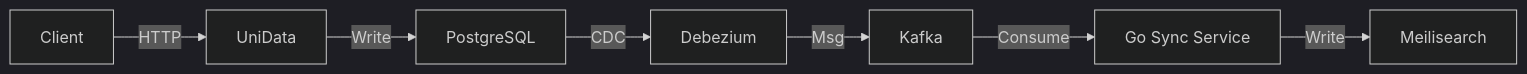
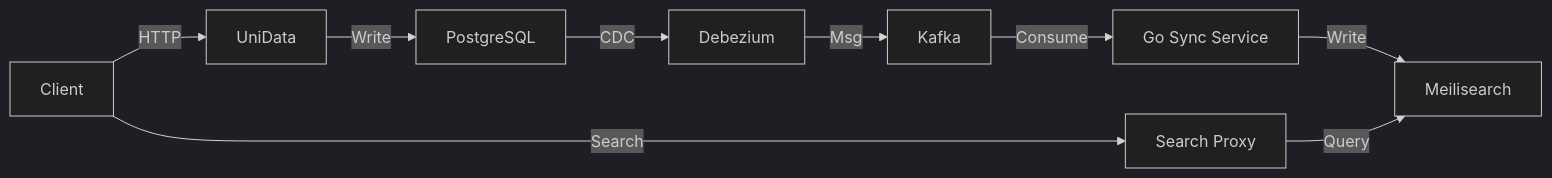
The diagram in docs/deployment/index.md (hankerbiao/pg2meili-cdc), drawn with Mermaid (dark theme) before and after one commit. The commit also changed 17 other files, not shown here.

Commit message:
修复搜索文档：补充 collection 查询参数、说明代理行为、修正索引管理接口路径、更新示例请求。 新增指南概览页并更新导航与侧边栏。 部署文档规范化：pg_hba 安全提示、版本固定说明、SERVER_PORT 示例统一。 内部工具文档拆分：明确部署流程与示意代码。 部署概览图增加 Search Proxy。

````diff
--- a/docs/deployment/index.md
+++ b/docs/deployment/index.md
@@ -30,9 +30,11 @@
 ```mermaid
 graph LR
     User[Client] -->|HTTP| Uni[UniData]
+    User -->|Search| Proxy[Search Proxy]
     Uni -->|Write| PG[PostgreSQL]
     PG -->|CDC| Deb[Debezium]
     Deb -->|Msg| Kafka[Kafka]
     Kafka -->|Consume| Sync[Go Sync Service]
     Sync -->|Write| Meili[Meilisearch]
+    Proxy -->|Query| Meili
 ```
````
